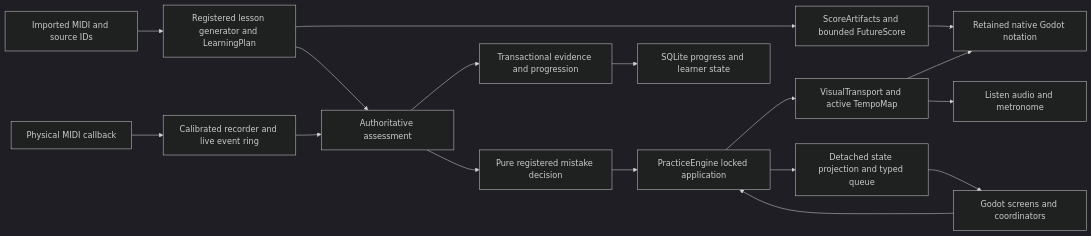
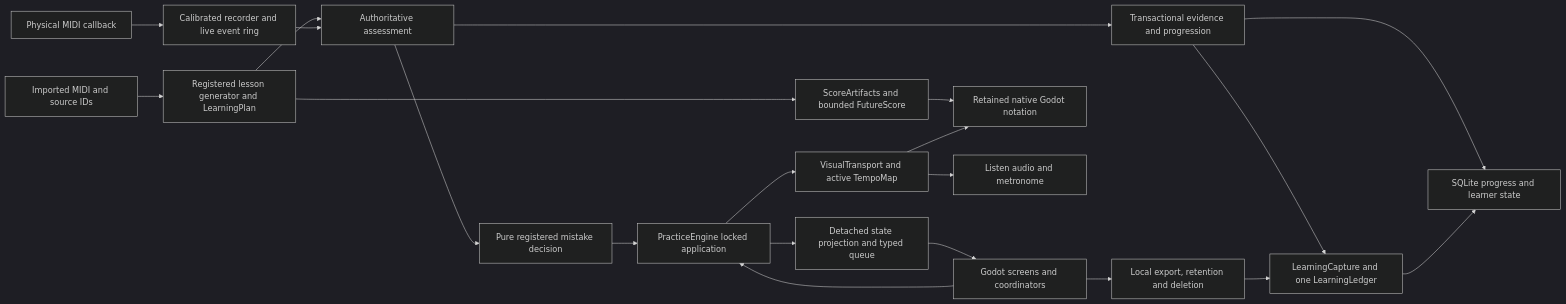
Before and after one commit to tpepels/piano_teacher: the diagram in docs/architecture/system.md, drawn with Mermaid (dark theme). The commit also changed other lines of this file and 76 other files, not shown here.

````diff
--- a/docs/architecture/system.md
+++ b/docs/architecture/system.md
@@ -18,19 +18,23 @@
 ```mermaid
 flowchart LR
     MIDI[Physical MIDI callback] --> Capture[Calibrated recorder and live event ring]
     Source[Imported MIDI and source IDs] --> Plan[Registered lesson generator and LearningPlan]
     Plan --> Grader[Authoritative assessment]
     Capture --> Grader
     Grader --> Policy[Pure registered mistake decision]
     Policy --> Engine[PracticeEngine locked application]
     Grader --> Commit[Transactional evidence and progression]
     Commit --> DB[SQLite progress and learner state]
+    Commit --> Ledger[LearningCapture and one LearningLedger]
+    Ledger --> DB
+    UI --> Privacy[Local export, retention and deletion]
+    Privacy --> Ledger
     Engine --> Clock[VisualTransport and active TempoMap]
     Plan --> Assets[ScoreArtifacts and bounded FutureScore]
     Assets --> Native[Retained native Godot notation]
     Clock --> Native
     Clock --> Listen[Listen audio and metronome]
     Engine --> Snapshot[Detached state projection and typed queue]
     Snapshot --> UI[Godot screens and coordinators]
     UI --> Engine
 ```
````
